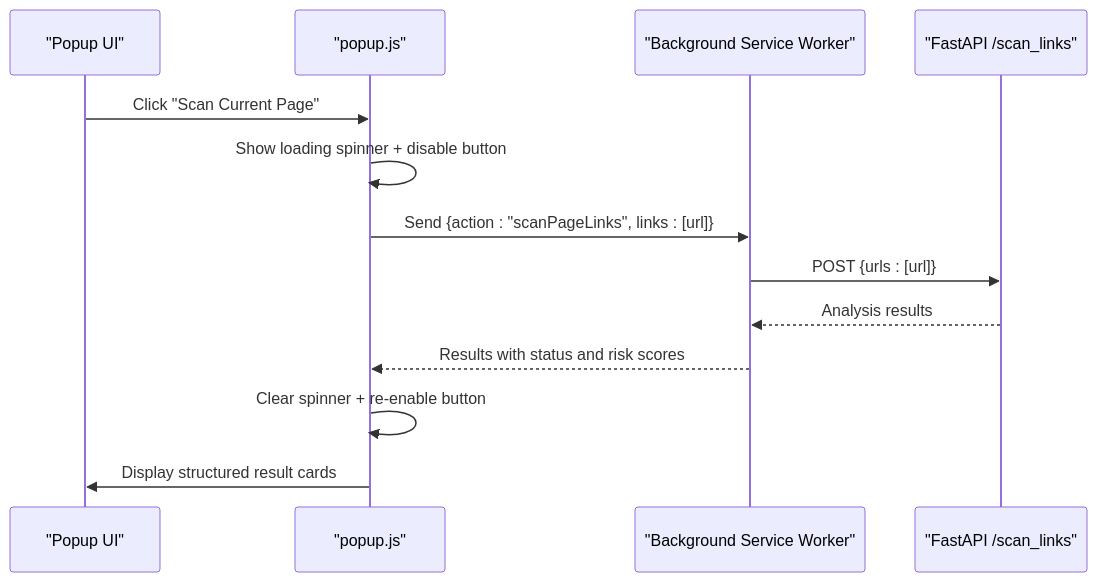
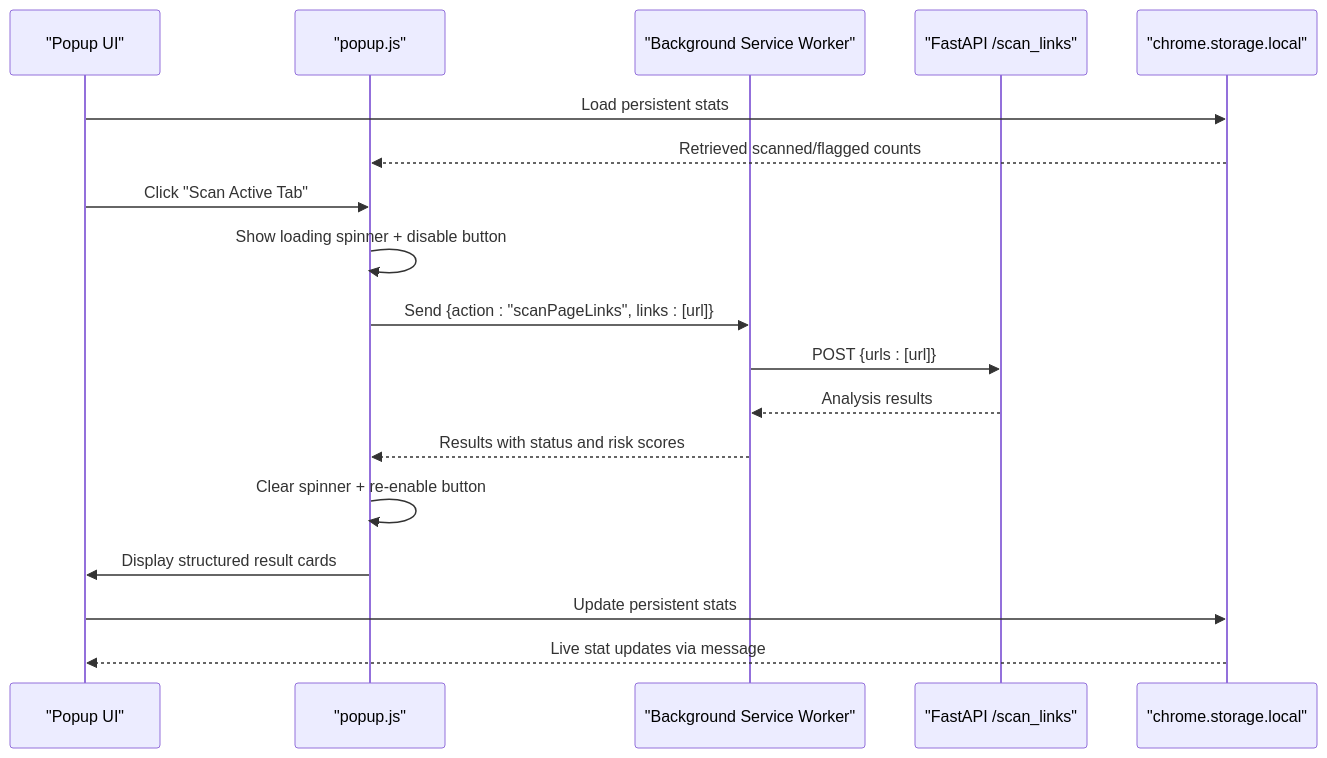
One commit to Aymanaahh/scrollguard-ai changed the fifth of 7 diagrams in .qoder/repowiki/en/content/Chrome Extension Development.md. Above: the diagram before and after it, drawn with Mermaid. The commit also changed other lines of this file and 34 other files, not shown here.

````diff
--- a/.qoder/repowiki/en/content/Chrome Extension Development.md
+++ b/.qoder/repowiki/en/content/Chrome Extension Development.md
@@ -291,15 +366,20 @@
 ```mermaid
 sequenceDiagram
 participant UI as "Popup UI"
 participant JS as "popup.js"
 participant BG as "Background Service Worker"
 participant API as "FastAPI /scan_links"
-UI->>JS : Click "Scan Current Page"
+participant Storage as "chrome.storage.local"
+UI->>Storage : Load persistent stats
+Storage-->>JS : Retrieved scanned/flagged counts
+UI->>JS : Click "Scan Active Tab"
 JS->>JS : Show loading spinner + disable button
 JS->>BG : Send {action : "scanPageLinks", links : [url]}
 BG->>API : POST {urls : [url]}
 API-->>BG : Analysis results
 BG-->>JS : Results with status and risk scores
 JS->>JS : Clear spinner + re-enable button
 JS->>UI : Display structured result cards
+UI->>Storage : Update persistent stats
+Storage-->>UI : Live stat updates via message
 ```
````
